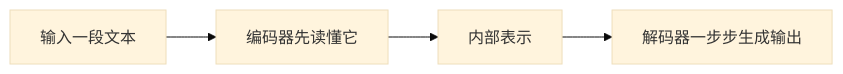
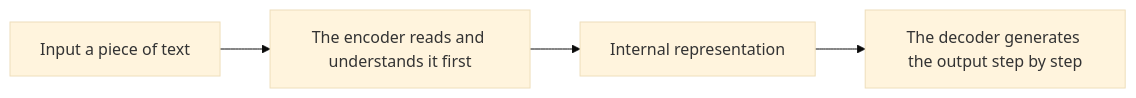
One commit to oudbiao/AI-fullstack-course changed the diagram in docs/ch11-nlp/ch05-seq2seq/01-encoder-decoder.md. Above: the diagram before and after it, drawn with Mermaid (base theme). The commit also changed other lines of this file and 1406 other files, not shown here.

````diff
--- a/docs/ch11-nlp/ch05-seq2seq/01-encoder-decoder.md
+++ b/docs/ch11-nlp/ch05-seq2seq/01-encoder-decoder.md
@@ -45,6 +45,6 @@
 ```mermaid
 flowchart LR
-    A["输入一段文本"] --> B["编码器先读懂它"]
-    B --> C["内部表示"]
-    C --> D["解码器一步步生成输出"]
+    A["Input a piece of text"] --> B["The encoder reads and understands it first"]
+    B --> C["Internal representation"]
+    C --> D["The decoder generates the output step by step"]
 ```
````
